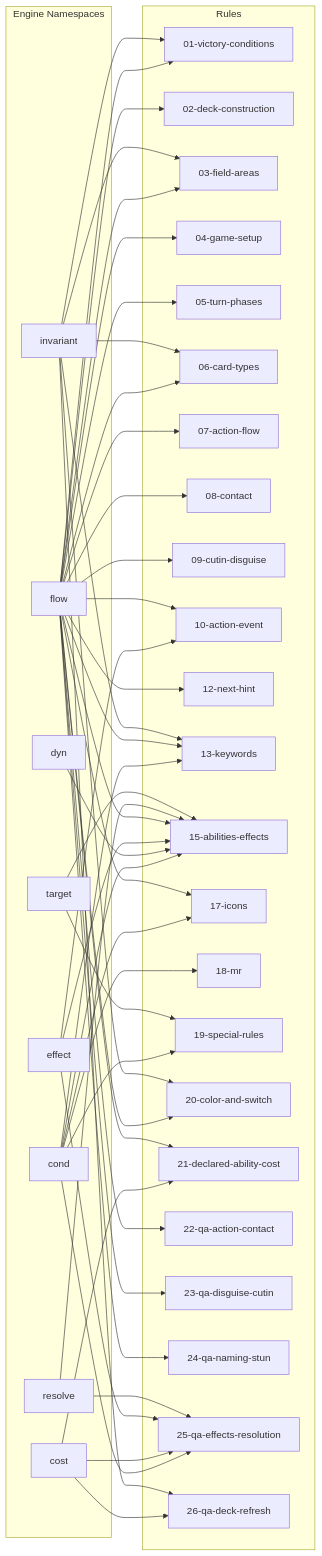
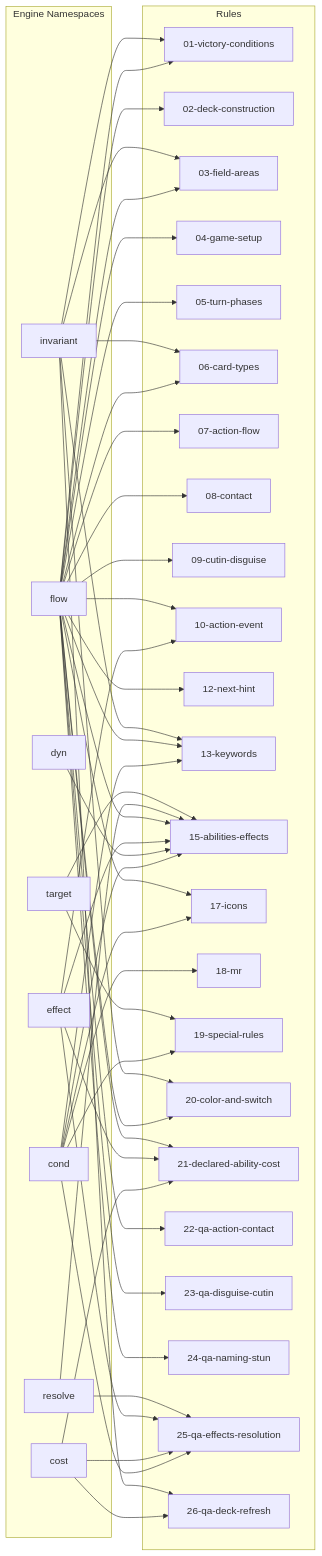
One commit to orihekat78/TCGApp changed the diagram in .claude/auto/mapping/graph-rules-engine-flow.md. Above: the diagram before and after it, drawn with Mermaid. The commit also changed other lines of this file and 122 other files, not shown here.

````diff
--- a/.claude/auto/mapping/graph-rules-engine-flow.md
+++ b/.claude/auto/mapping/graph-rules-engine-flow.md
@@ -9,80 +9,81 @@
 ```mermaid
 flowchart LR
   subgraph engine["Engine Namespaces"]
     NS_cond["cond"]
     NS_cost["cost"]
     NS_dyn["dyn"]
     NS_effect["effect"]
     NS_flow["flow"]
     NS_invariant["invariant"]
     NS_resolve["resolve"]
     NS_target["target"]
   end
   subgraph rules["Rules"]
     R_01_victory_conditions_md["01-victory-conditions"]
     R_02_deck_construction_md["02-deck-construction"]
     R_03_field_areas_md["03-field-areas"]
     R_04_game_setup_md["04-game-setup"]
     R_05_turn_phases_md["05-turn-phases"]
     R_06_card_types_md["06-card-types"]
     R_07_action_flow_md["07-action-flow"]
     R_08_contact_md["08-contact"]
     R_09_cutin_disguise_md["09-cutin-disguise"]
     R_10_action_event_md["10-action-event"]
     R_12_next_hint_md["12-next-hint"]
     R_13_keywords_md["13-keywords"]
     R_15_abilities_effects_md["15-abilities-effects"]
     R_17_icons_md["17-icons"]
     R_18_mr_md["18-mr"]
     R_19_special_rules_md["19-special-rules"]
     R_20_color_and_switch_md["20-color-and-switch"]
     R_21_declared_ability_cost_md["21-declared-ability-cost"]
     R_22_qa_action_contact_md["22-qa-action-contact"]
     R_23_qa_disguise_cutin_md["23-qa-disguise-cutin"]
     R_24_qa_naming_stun_md["24-qa-naming-stun"]
     R_25_qa_effects_resolution_md["25-qa-effects-resolution"]
     R_26_qa_deck_refresh_md["26-qa-deck-refresh"]
   end
   NS_cond --> R_13_keywords_md
   NS_cond --> R_15_abilities_effects_md
   NS_cond --> R_17_icons_md
   NS_cond --> R_18_mr_md
   NS_cond --> R_19_special_rules_md
   NS_cond --> R_25_qa_effects_resolution_md
   NS_cost --> R_21_declared_ability_cost_md
   NS_cost --> R_25_qa_effects_resolution_md
   NS_cost --> R_26_qa_deck_refresh_md
   NS_dyn --> R_15_abilities_effects_md
   NS_effect --> R_10_action_event_md
   NS_effect --> R_15_abilities_effects_md
+  NS_effect --> R_21_declared_ability_cost_md
   NS_effect --> R_25_qa_effects_resolution_md
   NS_flow --> R_01_victory_conditions_md
   NS_flow --> R_02_deck_construction_md
   NS_flow --> R_03_field_areas_md
   NS_flow --> R_04_game_setup_md
   NS_flow --> R_05_turn_phases_md
   NS_flow --> R_06_card_types_md
   NS_flow --> R_07_action_flow_md
   NS_flow --> R_08_contact_md
   NS_flow --> R_09_cutin_disguise_md
   NS_flow --> R_10_action_event_md
   NS_flow --> R_12_next_hint_md
   NS_flow --> R_13_keywords_md
   NS_flow --> R_15_abilities_effects_md
   NS_flow --> R_17_icons_md
   NS_flow --> R_20_color_and_switch_md
   NS_flow --> R_21_declared_ability_cost_md
   NS_flow --> R_22_qa_action_contact_md
   NS_flow --> R_23_qa_disguise_cutin_md
   NS_flow --> R_24_qa_naming_stun_md
   NS_invariant --> R_01_victory_conditions_md
   NS_invariant --> R_03_field_areas_md
   NS_invariant --> R_06_card_types_md
   NS_invariant --> R_13_keywords_md
   NS_invariant --> R_20_color_and_switch_md
   NS_invariant --> R_26_qa_deck_refresh_md
   NS_resolve --> R_15_abilities_effects_md
   NS_resolve --> R_25_qa_effects_resolution_md
   NS_target --> R_15_abilities_effects_md
   NS_target --> R_19_special_rules_md
 ```
````
